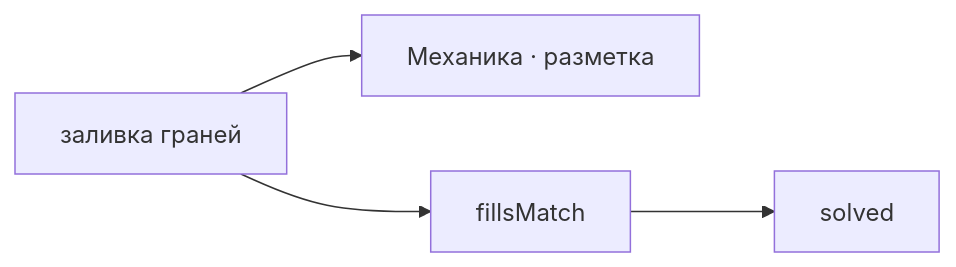
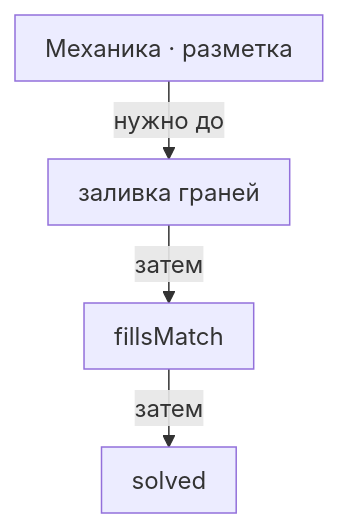
The diagram in Temari-Obsidian/01 Механики/Механика · ката.md (newYurk/temari), drawn with Mermaid before and after one commit. The commit also changed other lines of this file and 61 other files, not shown here.

Commit message:
fix(vault): show readable craft relationships and distinct graph nodes

````diff
--- a/Temari-Obsidian/01 Механики/Механика · ката.md
+++ b/Temari-Obsidian/01 Механики/Механика · ката.md
@@ -21,11 +22,12 @@
 ```mermaid
-flowchart LR
+%%{init: {"flowchart":{"nodeSpacing":16,"rankSpacing":28,"curve":"linear","padding":10},"themeVariables":{"fontSize":"16px"}}}%%
+flowchart TB
   IN0["Механика · разметка"]
   S0["заливка граней"]
   S1["fillsMatch"]
   S2["solved"]
-  S0 --> IN0
-  S0 --> S1
-  S1 --> S2
+  IN0 -->|нужно до| S0
+  S0 -->|затем| S1
+  S1 -->|затем| S2
   class IN0 internal-link;
 ```
````
